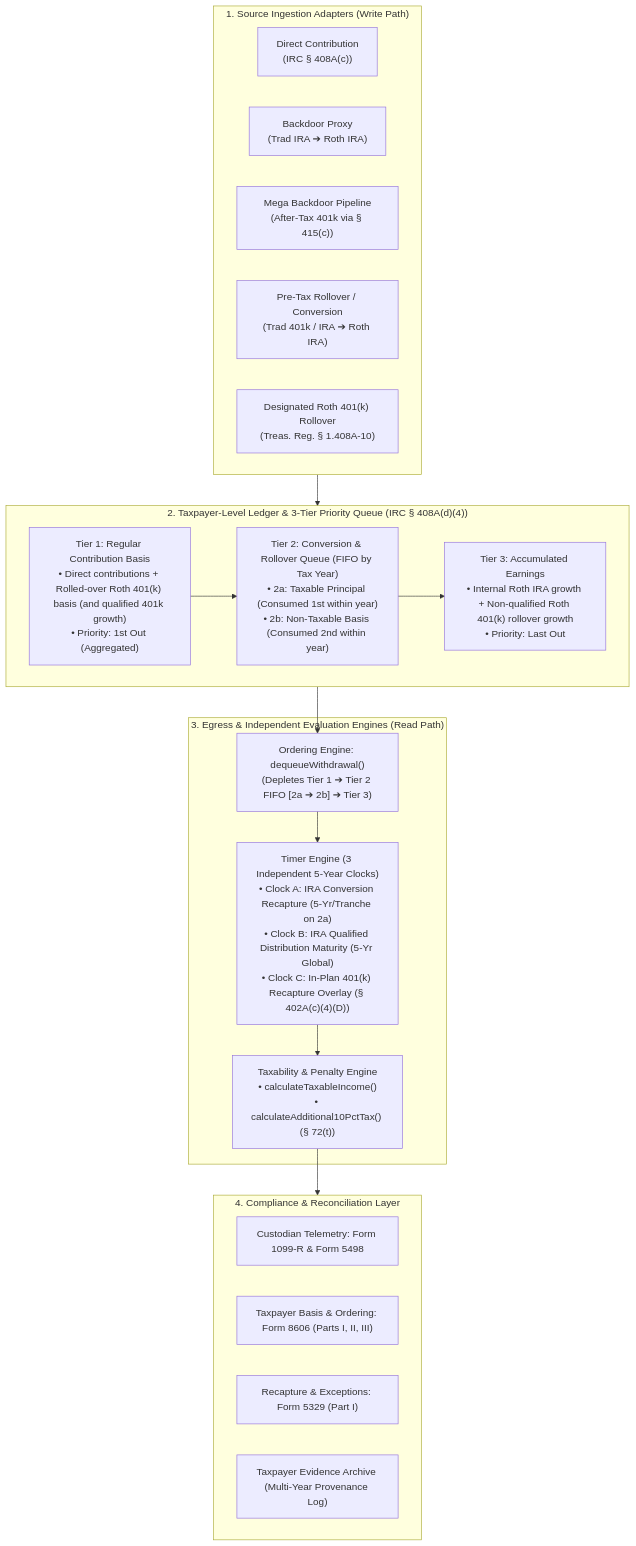
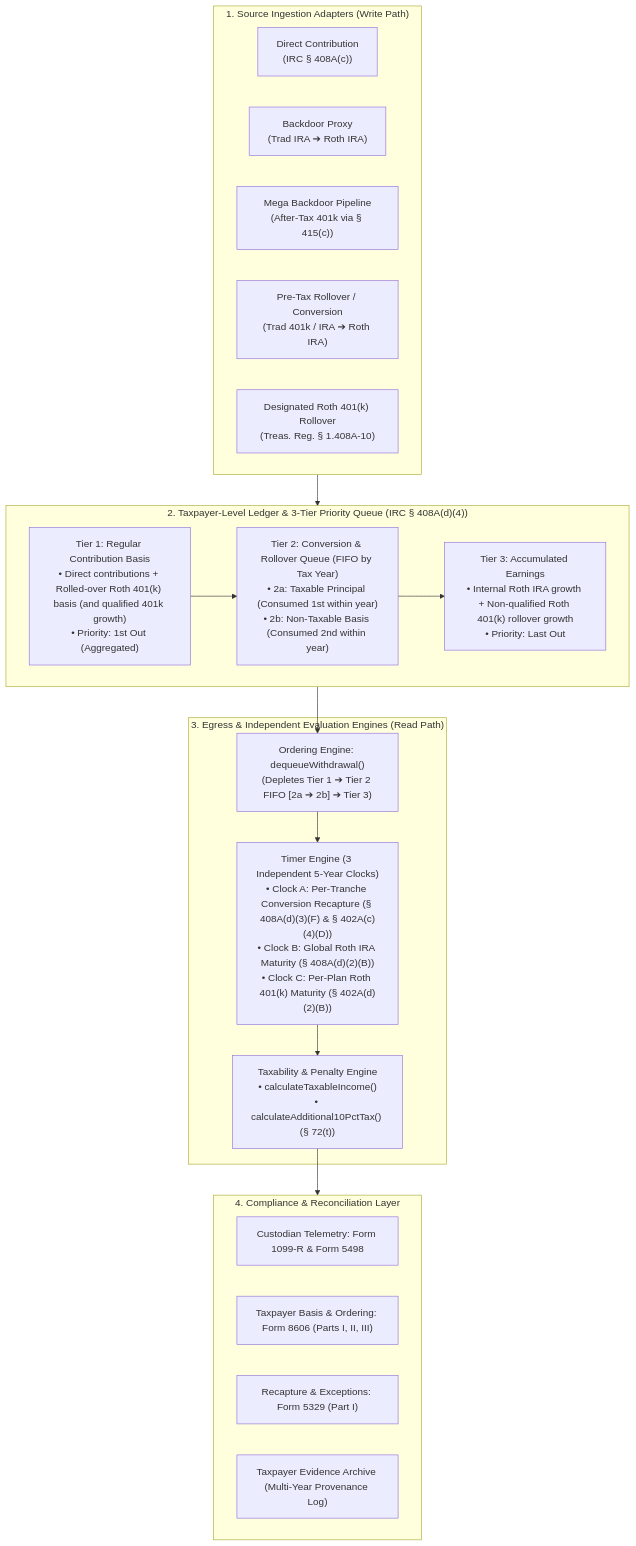
Before and after one commit to mradityagoyal/us-india-401k-blueprint: the diagram in roth/PRD.md, drawn with Mermaid. The commit also changed other lines of this file and 4 other files, not shown here.

````diff
--- a/roth/PRD.md
+++ b/roth/PRD.md
@@ -37,36 +37,36 @@
 ```mermaid
 flowchart TB
     subgraph S1["1. Source Ingestion Adapters (Write Path)"]
         A1["Direct Contribution<br/>(IRC § 408A(c))"]
         A2["Backdoor Proxy<br/>(Trad IRA ➔ Roth IRA)"]
         A3["Mega Backdoor Pipeline<br/>(After-Tax 401k via § 415(c))"]
         A4["Pre-Tax Rollover / Conversion<br/>(Trad 401k / IRA ➔ Roth IRA)"]
         A5["Designated Roth 401(k) Rollover<br/>(Treas. Reg. § 1.408A-10)"]
     end
 
     subgraph S2["2. Taxpayer-Level Ledger & 3-Tier Priority Queue (IRC § 408A(d)(4))"]
         T1["Tier 1: Regular Contribution Basis<br/>• Direct contributions + Rolled-over Roth 401(k) basis (and qualified 401k growth)<br/>• Priority: 1st Out (Aggregated)"]
         T2["Tier 2: Conversion & Rollover Queue (FIFO by Tax Year)<br/>• 2a: Taxable Principal (Consumed 1st within year)<br/>• 2b: Non-Taxable Basis (Consumed 2nd within year)"]
         T3["Tier 3: Accumulated Earnings<br/>• Internal Roth IRA growth + Non-qualified Roth 401(k) rollover growth<br/>• Priority: Last Out"]
         T1 --> T2 --> T3
     end
 
     subgraph S3["3. Egress & Independent Evaluation Engines (Read Path)"]
         E1["Ordering Engine: dequeueWithdrawal()<br/>(Depletes Tier 1 ➔ Tier 2 FIFO [2a ➔ 2b] ➔ Tier 3)"]
-        E2["Timer Engine (3 Independent 5-Year Clocks)<br/>• Clock A: IRA Conversion Recapture (5-Yr/Tranche on 2a)<br/>• Clock B: IRA Qualified Distribution Maturity (5-Yr Global)<br/>• Clock C: In-Plan 401(k) Recapture Overlay (§ 402A(c)(4)(D))"]
+        E2["Timer Engine (3 Independent 5-Year Clocks)<br/>• Clock A: Per-Tranche Conversion Recapture (§ 408A(d)(3)(F) & § 402A(c)(4)(D))<br/>• Clock B: Global Roth IRA Maturity (§ 408A(d)(2)(B))<br/>• Clock C: Per-Plan Roth 401(k) Maturity (§ 402A(d)(2)(B))"]
         E3["Taxability & Penalty Engine<br/>• calculateTaxableIncome()<br/>• calculateAdditional10PctTax() (§ 72(t))"]
     end
 
     subgraph S4["4. Compliance & Reconciliation Layer"]
         C1["Custodian Telemetry: Form 1099-R & Form 5498"]
         C2["Taxpayer Basis & Ordering: Form 8606 (Parts I, II, III)"]
         C3["Recapture & Exceptions: Form 5329 (Part I)"]
         C4["Taxpayer Evidence Archive (Multi-Year Provenance Log)"]
     end
 
     S1 --> S2
     S2 --> E1
     E1 --> E2
     E2 --> E3
     E3 --> S4
 ```
````
